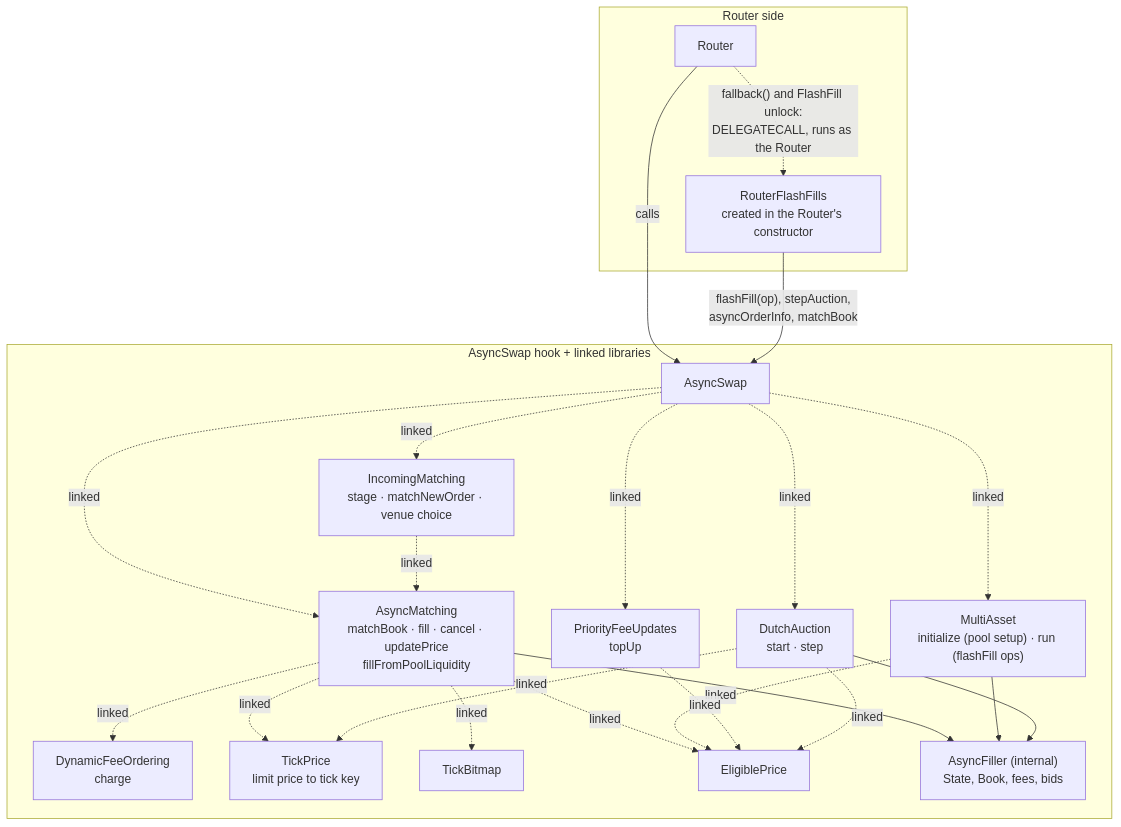
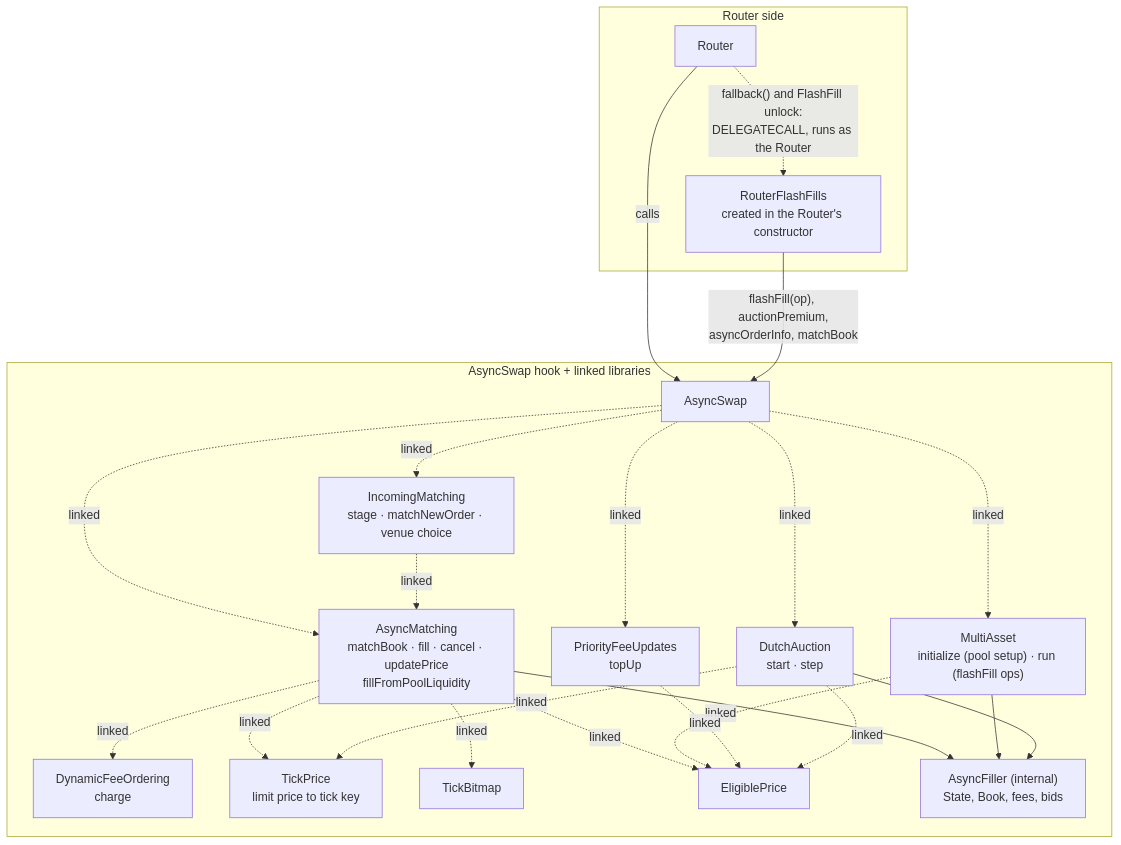
One commit to asyncswap/contracts changed the fifth of 6 diagrams in docs/protocol.md. Above: the diagram before and after it, drawn with Mermaid. The commit also changed other lines of this file and 13 other files, not shown here.

````diff
--- a/docs/protocol.md
+++ b/docs/protocol.md
@@ -229,43 +227,43 @@
 ```mermaid
 flowchart TB
     subgraph RouterSide["Router side"]
         Router["Router"]
         RFF["RouterFlashFills<br/>created in the Router's constructor"]
         Router -.->|"fallback() and FlashFill unlock:<br/>DELEGATECALL, runs as the Router"| RFF
     end
 
     subgraph HookSide["AsyncSwap hook + linked libraries"]
         Hook["AsyncSwap"]
         IM["IncomingMatching<br/>stage · matchNewOrder · venue choice"]
         AM["AsyncMatching<br/>matchBook · fill · cancel · updatePrice<br/>fillFromPoolLiquidity"]
         MA["MultiAsset<br/>initialize (pool setup) · run (flashFill ops)"]
         DA["DutchAuction<br/>start · step"]
         PFU["PriorityFeeUpdates<br/>topUp"]
         DFO["DynamicFeeOrdering<br/>charge"]
         TP["TickPrice<br/>limit price to tick key"]
         TB["TickBitmap"]
         EP["EligiblePrice"]
         AF["AsyncFiller (internal)<br/>State, Book, fees, bids"]
 
         Hook -.->|linked| IM
         Hook -.->|linked| AM
         Hook -.->|linked| MA
         Hook -.->|linked| DA
         Hook -.->|linked| PFU
         IM -.->|linked| AM
         AM -.->|linked| DFO
         AM -.->|linked| TP
         AM -.->|linked| TB
         AM -.->|linked| EP
         MA -.->|linked| EP
         PFU -.->|linked| EP
         DA -.->|linked| TP
         DA -.->|linked| EP
         AM --> AF
         MA --> AF
         DA --> AF
     end
 
     Router -->|calls| Hook
-    RFF -->|"flashFill(op), stepAuction,<br/>asyncOrderInfo, matchBook"| Hook
+    RFF -->|"flashFill(op), auctionPremium,<br/>asyncOrderInfo, matchBook"| Hook
 ```
````
